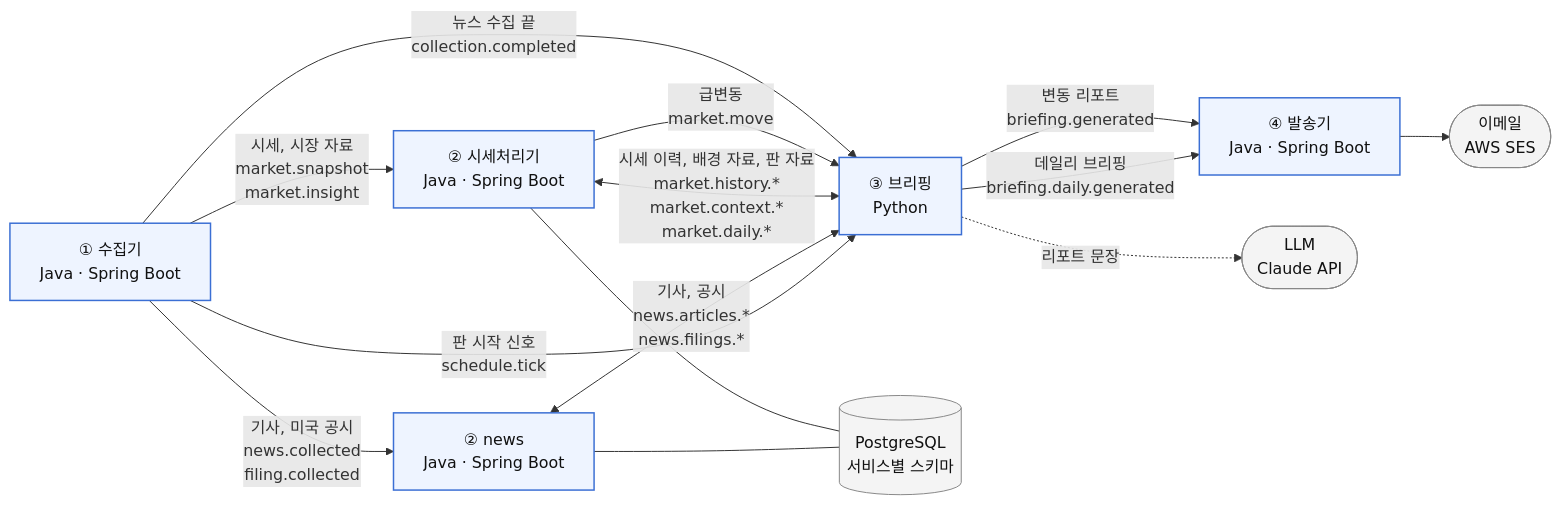
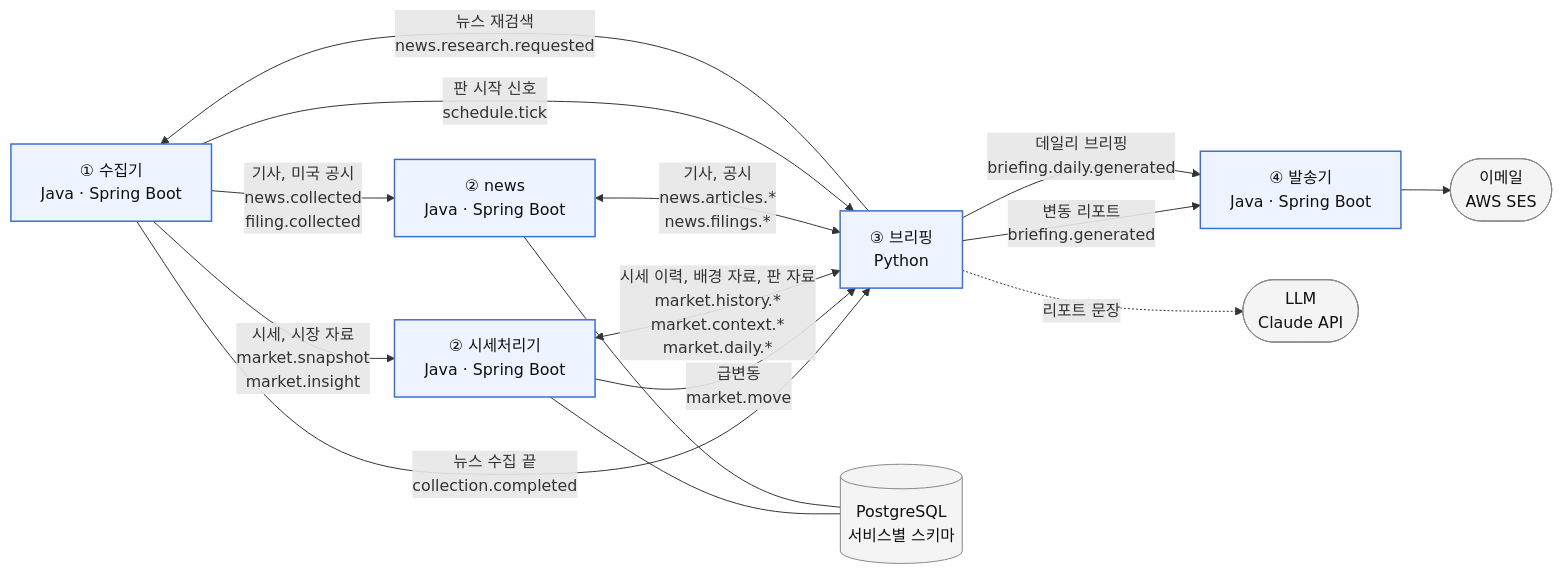
Before and after one commit to yc0191/stock-reading: the diagram in README.md, drawn with Mermaid. The commit also changed other lines of this file and 2 other files, not shown here.

First line of the commit message:
[docs] : Describe news research and the job log in the README

````diff
--- a/README.md
+++ b/README.md
@@ -15,28 +15,29 @@
 ```mermaid
 flowchart LR
     classDef svc fill:#eef4ff,stroke:#3b6fd4,stroke-width:1.5px,color:#111
     classDef ext fill:#f4f4f4,stroke:#888,color:#111
 
     C["① 수집기<br/>Java · Spring Boot"]:::svc
     M["② 시세처리기<br/>Java · Spring Boot"]:::svc
     NW["② news<br/>Java · Spring Boot"]:::svc
     B["③ 브리핑<br/>Python"]:::svc
     N["④ 발송기<br/>Java · Spring Boot"]:::svc
     DB[("PostgreSQL<br/>서비스별 스키마")]:::ext
     LLM(["LLM<br/>Claude API"]):::ext
     MAIL(["이메일<br/>AWS SES"]):::ext
 
     C -->|"시세, 시장 자료<br/>market.snapshot<br/>market.insight"| M
     C -->|"기사, 미국 공시<br/>news.collected<br/>filing.collected"| NW
     C -->|"뉴스 수집 끝<br/>collection.completed"| B
     M -->|"급변동<br/>market.move"| B
     M <-->|"시세 이력, 배경 자료, 판 자료<br/>market.history.*<br/>market.context.*<br/>market.daily.*"| B
     NW <-->|"기사, 공시<br/>news.articles.*<br/>news.filings.*"| B
     M --- DB
     NW --- DB
+    B -->|"뉴스 재검색<br/>news.research.requested"| C
     B -.->|"리포트 문장"| LLM
     B -->|"변동 리포트<br/>briefing.generated"| N
     C -->|"판 시작 신호<br/>schedule.tick"| B
     B -->|"데일리 브리핑<br/>briefing.daily.generated"| N
     N --> MAIL
 ```
````
